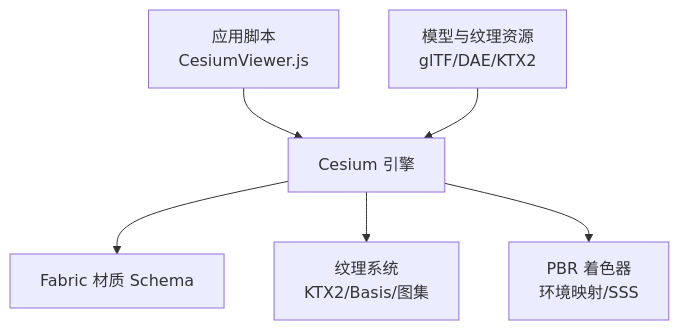
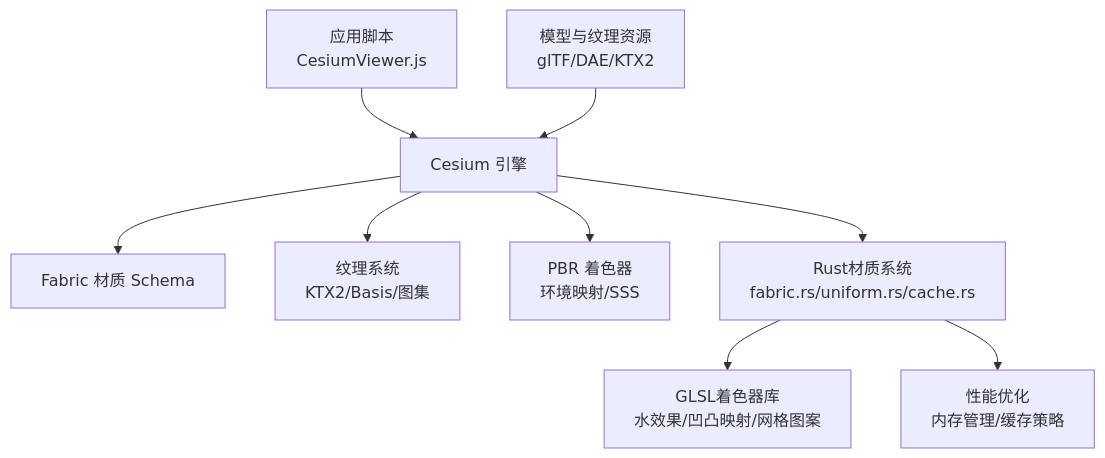
The tenth of 10 diagrams in .qoder/repowiki/zh/content/项目概述/核心特性/3D渲染引擎/材质与纹理系统.md (rzhangjing/cesium), drawn with Mermaid before and after one commit. The commit also changed other lines of this file and 30 other files, not shown here.

````diff
--- a/.qoder/repowiki/zh/content/项目概述/核心特性/3D渲染引擎/材质与纹理系统.md
+++ b/.qoder/repowiki/zh/content/项目概述/核心特性/3D渲染引擎/材质与纹理系统.md
@@ -320,8 +511,11 @@
 ```mermaid
 graph TB
 App["应用脚本<br/>CesiumViewer.js"] --> Engine["Cesium 引擎"]
 Engine --> Schema["Fabric 材质 Schema"]
 Engine --> Texture["纹理系统<br/>KTX2/Basis/图集"]
 Engine --> Shader["PBR 着色器<br/>环境映射/SSS"]
+Engine --> RustMat["Rust材质系统<br/>fabric.rs/uniform.rs/cache.rs"]
+RustMat --> GLSL["GLSL着色器库<br/>水效果/凹凸映射/网格图案"]
 Resources["模型与纹理资源<br/>glTF/DAE/KTX2"] --> Engine
+RustMat --> Performance["性能优化<br/>内存管理/缓存策略"]
 ```
````
